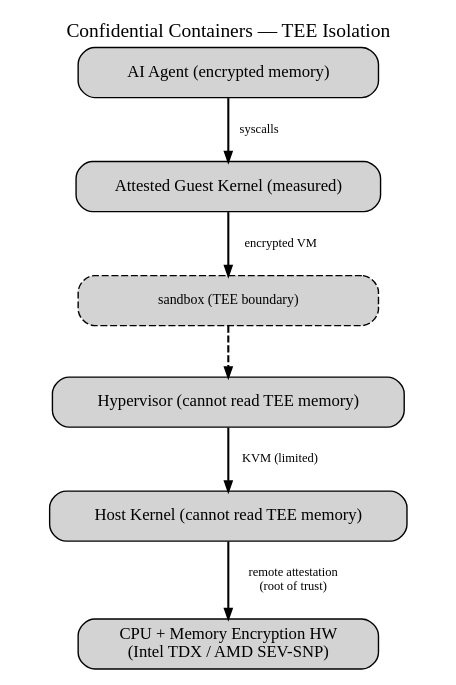
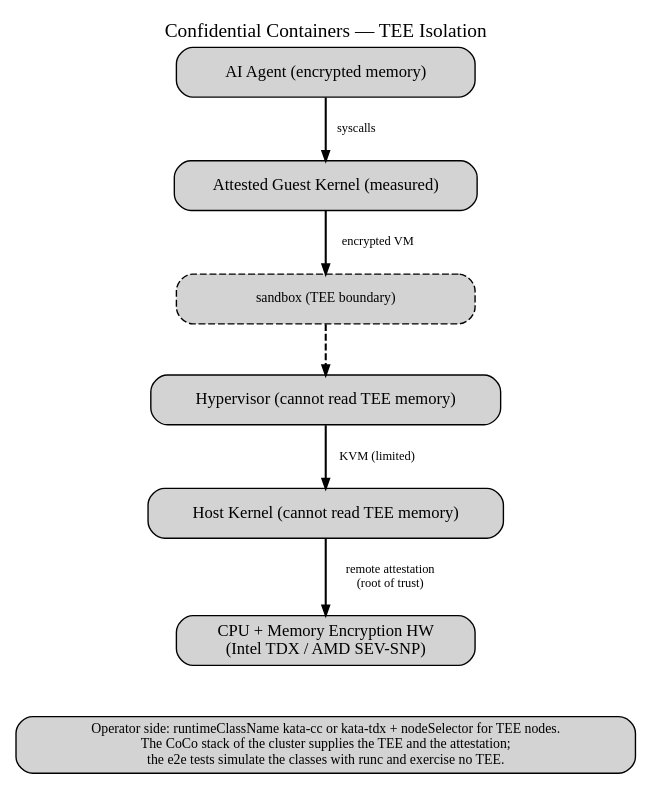
Before and after one commit to xonovex/platform: the diagram in packages/asset/asset-diagrams/07-coco.dot, drawn with Graphviz. The commit also changed 27 other files, not shown here.

Commit message:
docs(asset-diagrams): correct the sandbox diagrams against the code and add seatbelt, docker-sandboxes and openshell

```diff
--- a/packages/asset/asset-diagrams/07-coco.dot
+++ b/packages/asset/asset-diagrams/07-coco.dot
@@ -1,27 +1,29 @@
 digraph CoCo {
   rankdir=TB;
   splines=false;
   nodesep=0.3;
   ranksep=0.5;
   margin=0.3;
 
   node [shape=box, style="rounded,filled", fontsize=12, width=3, height=0.5];
   edge [fontsize=9, penwidth=1.5, arrowsize=0.7];
 
   label="Confidential Containers — TEE Isolation";
   labelloc=t;
   fontsize=14;
 
   agent [label="AI Agent (encrypted memory)", role="actor"];
   guest [label="Attested Guest Kernel (measured)"];
   sb [label="sandbox (TEE boundary)", role="risk", style="rounded,filled,dashed", fontsize=10];
   vmm [label="Hypervisor (cannot read TEE memory)"];
   kernel [label="Host Kernel (cannot read TEE memory)", role="strong"];
   hw [label="CPU + Memory Encryption HW\n(Intel TDX / AMD SEV-SNP)", role="panel"];
+  pod [label="Operator side: runtimeClassName kata-cc or kata-tdx + nodeSelector for TEE nodes.\nThe CoCo stack of the cluster supplies the TEE and the attestation;\nthe e2e tests simulate the classes with runc and exercise no TEE.", role="note", fontsize=10];
 
   agent -> guest [label="  syscalls"];
   guest -> sb [label="  encrypted VM"];
   sb -> vmm [role="risk", style=dashed];
   vmm -> kernel [label="  KVM (limited)"];
   kernel -> hw [label="  remote attestation\n  (root of trust)"];
+  hw -> pod [style=invis];
 }
```
